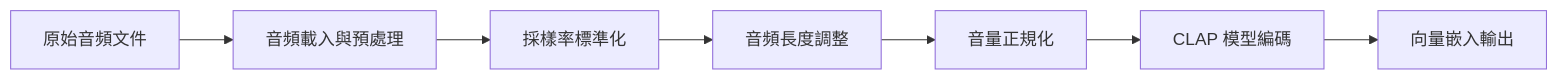
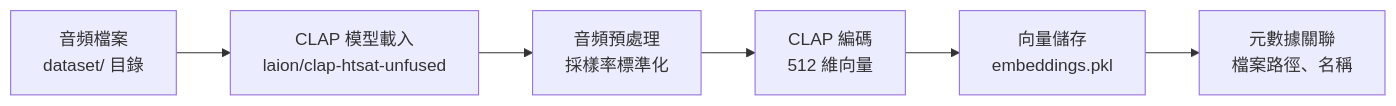
The fifth of 13 diagrams in docs/RecommendationSystem.md (whats2000/sleep-recommendation-system), drawn with Mermaid before and after one commit. The commit also changed other lines of this file, not shown here.

````diff
--- a/docs/RecommendationSystem.md
+++ b/docs/RecommendationSystem.md
@@ -172,9 +207,8 @@
 ```mermaid
 flowchart LR
-    A[原始音頻文件] --> B[音頻載入與預處理]
-    B --> C[採樣率標準化]
-    C --> D[音頻長度調整]
-    D --> E[音量正規化]
-    E --> F[CLAP 模型編碼]
-    F --> G[向量嵌入輸出]
+    A[音頻檔案<br/>dataset/ 目錄] --> B[CLAP 模型載入<br/>laion/clap-htsat-unfused]
+    B --> C[音頻預處理<br/>採樣率標準化]
+    C --> D[CLAP 編碼<br/>512 維向量]
+    D --> E[向量儲存<br/>embeddings.pkl]
+    E --> F[元數據關聯<br/>檔案路徑、名稱]
 ```
````
